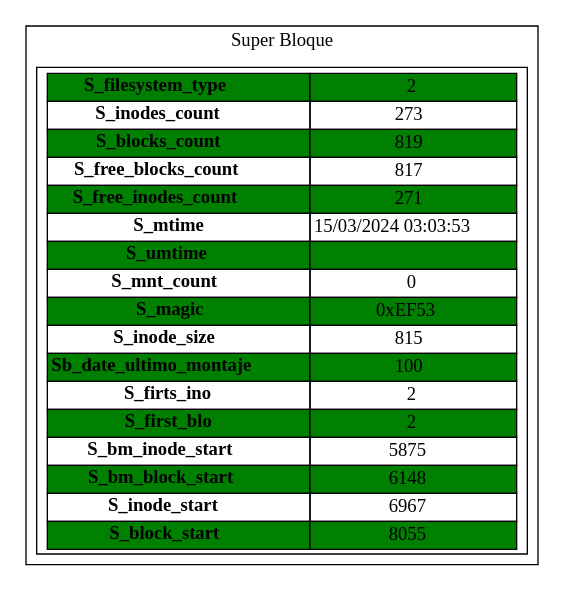
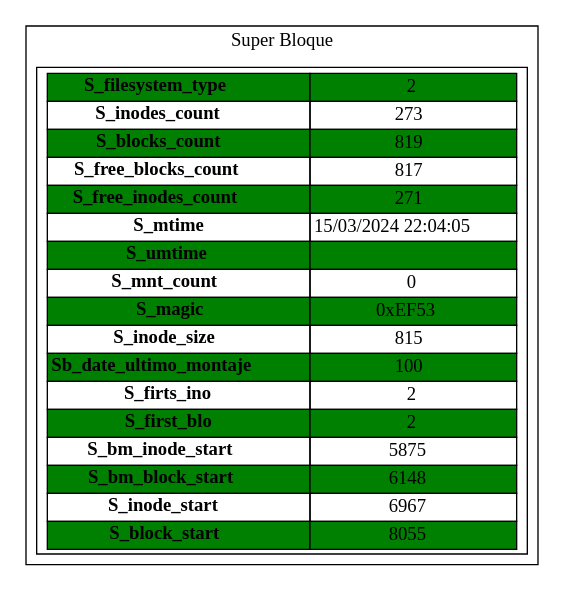
One commit to NatalyDuarte/MIA_P1_202001570 changed the diagram in Super.dot. Above: the diagram before and after it, drawn with Graphviz. The commit also changed 21 other files, not shown here.

```diff
--- a/Super.dot
+++ b/Super.dot
@@ -1,24 +1,24 @@
 digraph G{
 subgraph cluster{
 label="Super Bloque"
 tbl[shape=box,label=<
 <table border='0' cellborder='1' cellspacing='0' width='300'  height='200' >
 <tr> <td bgcolor="green"><b>S_filesystem_type </b></td><td bgcolor="green">2</td> </tr>*<tr><td><b>S_inodes_count </b></td><td>273</td> </tr>
 <tr><td bgcolor="green"><b>S_blocks_count </b></td><td bgcolor="green">819</td> </tr>
 <tr><td><b>S_free_blocks_count</b></td><td>817</td> </tr>
 <tr><td bgcolor="green"><b>S_free_inodes_count</b></td><td bgcolor="green">271</td> </tr>
-<tr><td><b>S_mtime</b></td><td>15/03/2024 03:03:53</td> </tr>
+<tr><td><b>S_mtime</b></td><td>15/03/2024 22:04:05</td> </tr>
 <tr><td bgcolor="green"><b>S_umtime</b></td><td bgcolor="green"></td> </tr>
 <tr><td><b>S_mnt_count</b></td><td>0</td> </tr>
 <tr><td bgcolor="green"><b>S_magic</b></td><td bgcolor="green">0xEF53</td> </tr>
 <tr><td><b>S_inode_size</b></td><td>815</td> </tr>
 <tr><td bgcolor="green"><b>Sb_date_ultimo_montaje</b></td><td bgcolor="green">100</td> </tr>
 <tr><td><b>S_firts_ino</b></td><td>2</td> </tr>
 <tr><td bgcolor="green"><b>S_first_blo</b></td><td bgcolor="green">2</td> </tr>
 <tr><td><b>S_bm_inode_start</b></td><td>5875</td> </tr>
 <tr><td bgcolor="green"><b>S_bm_block_start</b></td><td bgcolor="green">6148</td> </tr>
 <tr><td><b>S_inode_start</b></td><td>6967</td> </tr>
 <tr><td bgcolor="green"><b>S_block_start</b></td><td bgcolor="green">8055</td> </tr>
 </table>
 >];
 }}
```
